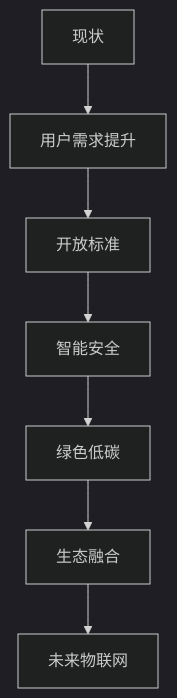
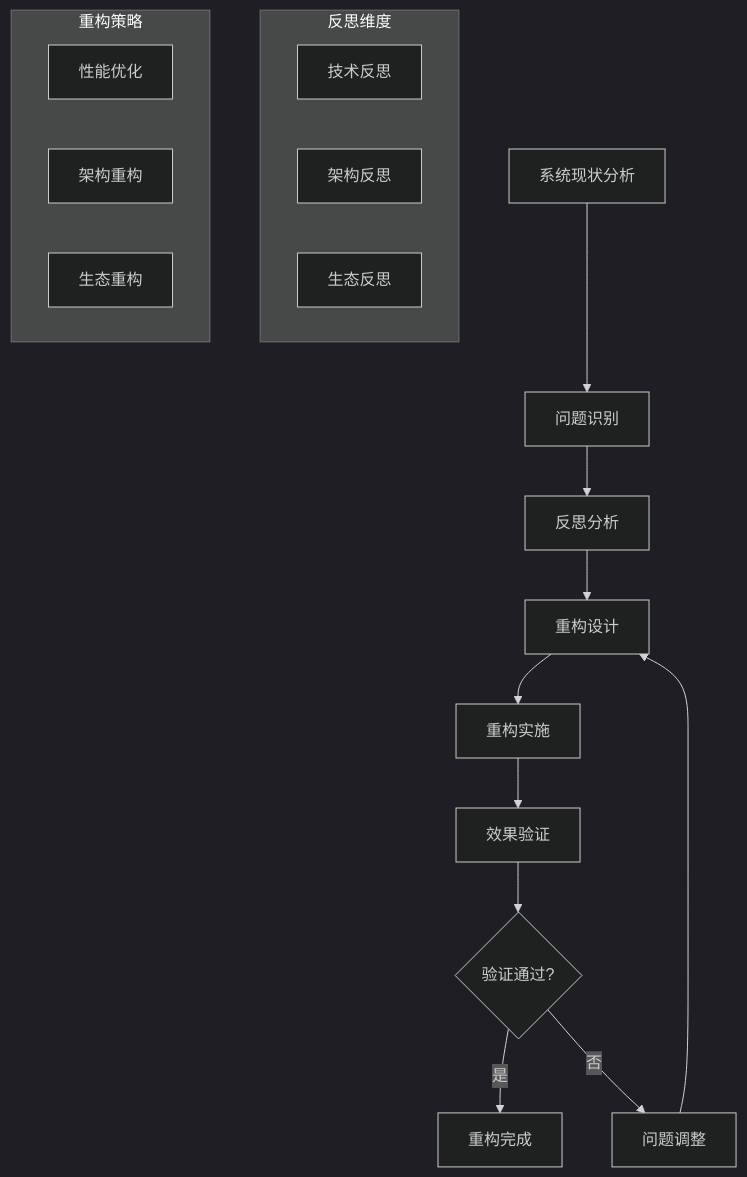
One commit to AdaMartin18010/SystemOSIOT changed the first of 2 diagrams in 3.物联网嵌入式系统/3.2 批判分析/3.2.3 反思与重构.md. Above: the diagram before and after it, drawn with Mermaid (dark theme). The commit also changed other lines of this file and 118 other files, not shown here.

````diff
--- a/3.物联网嵌入式系统/3.2 批判分析/3.2.3 反思与重构.md
+++ b/3.物联网嵌入式系统/3.2 批判分析/3.2.3 反思与重构.md
@@ -23,4 +276,24 @@
 ```mermaid
 graph TD;
-  Start[现状] --> A[用户需求提升] --> B[开放标准] --> C[智能安全] --> D[绿色低碳] --> E[生态融合] --> End[未来物联网];
+  A[系统现状分析] --> B[问题识别]
+  B --> C[反思分析]
+  C --> D[重构设计]
+  D --> E[重构实施]
+  E --> F[效果验证]
+  F --> G{验证通过?}
+  G -->|是| H[重构完成]
+  G -->|否| I[问题调整]
+  I --> D
+  
+  subgraph "反思维度"
+    J[技术反思]
+    K[架构反思]
+    L[生态反思]
+  end
+  
+  subgraph "重构策略"
+    M[性能优化]
+    N[架构重构]
+    O[生态重构]
+  end
 ```
````
